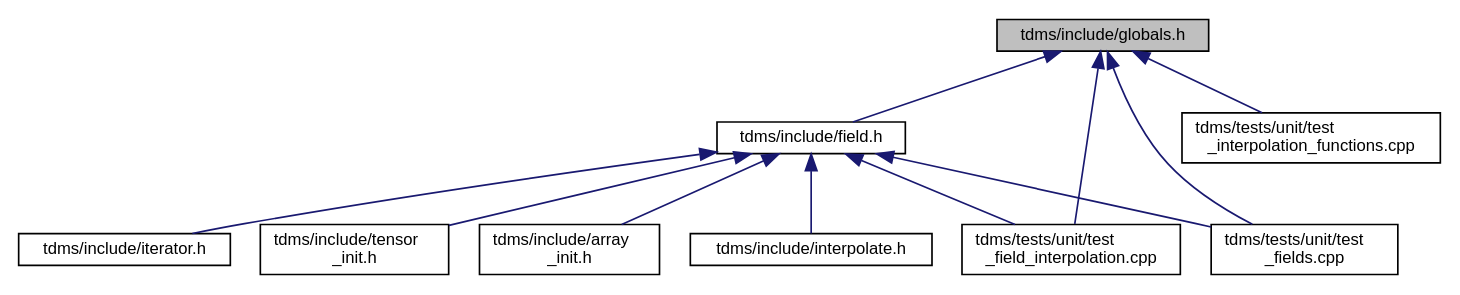
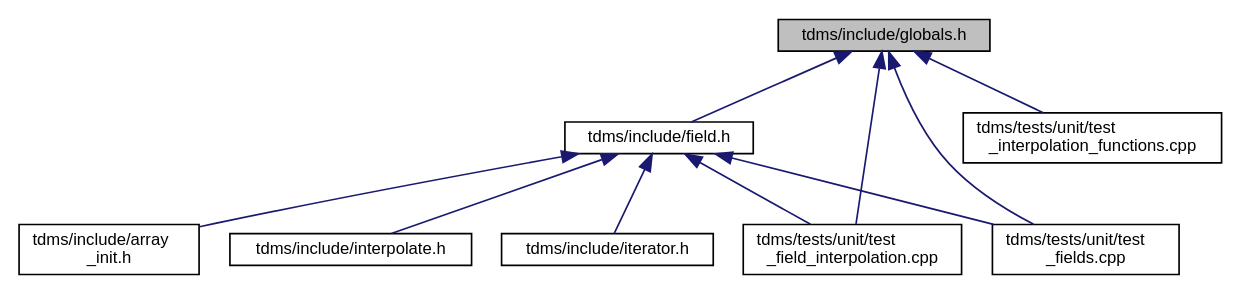
One commit to UCL/TDMS changed the diagram in globals_8h__dep__incl.dot. Above: the diagram before and after it, drawn with Graphviz. The commit also changed 74 other files, not shown here.

```diff
--- a/globals_8h__dep__incl.dot
+++ b/globals_8h__dep__incl.dot
@@ -1,25 +1,23 @@
 digraph "tdms/include/globals.h"
 {
  // LATEX_PDF_SIZE
   edge [fontname="Helvetica",fontsize="10",labelfontname="Helvetica",labelfontsize="10"];
   node [fontname="Helvetica",fontsize="10",shape=record];
   Node1 [label="tdms/include/globals.h",height=0.2,width=0.4,color="black", fillcolor="grey75", style="filled", fontcolor="black",tooltip="Type definitions and global constants."];
   Node1 -> Node2 [dir="back",color="midnightblue",fontsize="10",style="solid",fontname="Helvetica"];
   Node2 [label="tdms/include/field.h",height=0.2,width=0.4,color="black", fillcolor="white", style="filled",URL="$field_8h.html",tooltip="Classes for the electric and magnetic (split) fields on a grid."];
   Node2 -> Node3 [dir="back",color="midnightblue",fontsize="10",style="solid",fontname="Helvetica"];
   Node3 [label="tdms/include/array\l_init.h",height=0.2,width=0.4,color="black", fillcolor="white", style="filled",URL="$array__init_8h.html",tooltip="A collection of functions for array initialisation given MATLAB pointers."];
   Node2 -> Node4 [dir="back",color="midnightblue",fontsize="10",style="solid",fontname="Helvetica"];
   Node4 [label="tdms/include/interpolate.h",height=0.2,width=0.4,color="black", fillcolor="white", style="filled",URL="$interpolate_8h.html",tooltip="Interpolation of field values within FDTD grid."];
   Node2 -> Node5 [dir="back",color="midnightblue",fontsize="10",style="solid",fontname="Helvetica"];
   Node5 [label="tdms/include/iterator.h",height=0.2,width=0.4,color="black", fillcolor="white", style="filled",URL="$iterator_8h.html",tooltip="The main time propogation algorithm."];
   Node2 -> Node6 [dir="back",color="midnightblue",fontsize="10",style="solid",fontname="Helvetica"];
-  Node6 [label="tdms/include/tensor\l_init.h",height=0.2,width=0.4,color="black", fillcolor="white", style="filled",URL="$tensor__init_8h_source.html",tooltip=" "];
+  Node6 [label="tdms/tests/unit/test\l_field_interpolation.cpp",height=0.2,width=0.4,color="black", fillcolor="white", style="filled",URL="$test__field__interpolation_8cpp.html",tooltip="Tests interpolation of E- and H-fields and compares the errors against MATLAB benchmarks."];
   Node2 -> Node7 [dir="back",color="midnightblue",fontsize="10",style="solid",fontname="Helvetica"];
-  Node7 [label="tdms/tests/unit/test\l_field_interpolation.cpp",height=0.2,width=0.4,color="black", fillcolor="white", style="filled",URL="$test__field__interpolation_8cpp.html",tooltip="Tests interpolation of E- and H-fields and compares the errors against MATLAB benchmarks."];
-  Node2 -> Node8 [dir="back",color="midnightblue",fontsize="10",style="solid",fontname="Helvetica"];
-  Node8 [label="tdms/tests/unit/test\l_fields.cpp",height=0.2,width=0.4,color="black", fillcolor="white", style="filled",URL="$test__fields_8cpp.html",tooltip="Test of the Field class and subclasses."];
+  Node7 [label="tdms/tests/unit/test\l_fields.cpp",height=0.2,width=0.4,color="black", fillcolor="white", style="filled",URL="$test__fields_8cpp.html",tooltip="Test of the Field class and subclasses."];
+  Node1 -> Node6 [dir="back",color="midnightblue",fontsize="10",style="solid",fontname="Helvetica"];
   Node1 -> Node7 [dir="back",color="midnightblue",fontsize="10",style="solid",fontname="Helvetica"];
   Node1 -> Node8 [dir="back",color="midnightblue",fontsize="10",style="solid",fontname="Helvetica"];
-  Node1 -> Node9 [dir="back",color="midnightblue",fontsize="10",style="solid",fontname="Helvetica"];
-  Node9 [label="tdms/tests/unit/test\l_interpolation_functions.cpp",height=0.2,width=0.4,color="black", fillcolor="white", style="filled",URL="$test__interpolation__functions_8cpp.html",tooltip="Tests the performance of the interpolation functions, using 1D data mimicing a coordinate axes."];
+  Node8 [label="tdms/tests/unit/test\l_interpolation_functions.cpp",height=0.2,width=0.4,color="black", fillcolor="white", style="filled",URL="$test__interpolation__functions_8cpp.html",tooltip="Tests the performance of the interpolation functions, using 1D data mimicing a coordinate axes."];
 }
```
